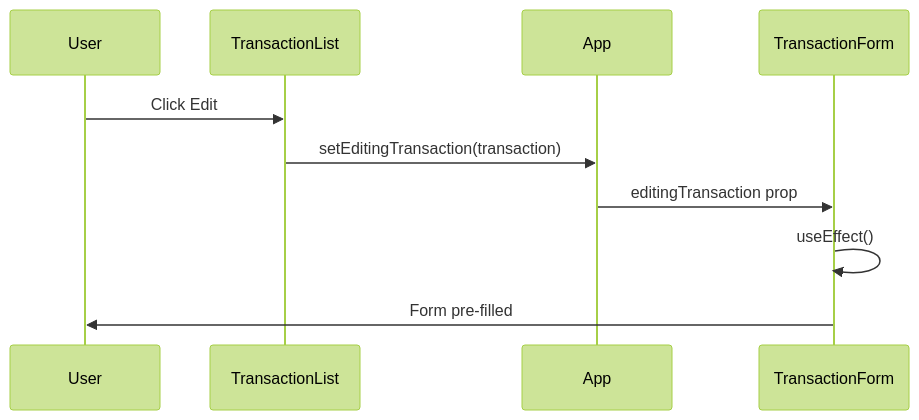
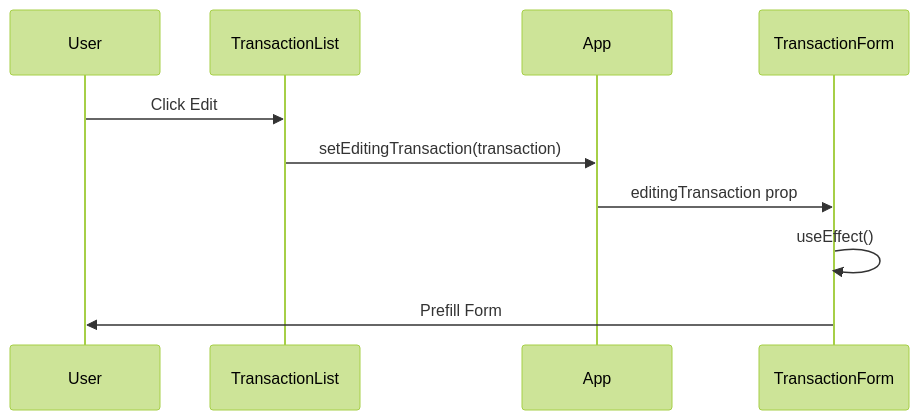
Before and after one commit to NaVteJSingH18/Smart-spend: the sixth of 12 diagrams in README.md, drawn with Mermaid (forest theme). The commit also changed other lines of this file and 8 other files, not shown here.

````diff
--- a/README.md
+++ b/README.md
@@ -127,13 +172,18 @@
 ```mermaid
 sequenceDiagram
 
-User->>TransactionList: Click Edit
+participant User
+participant List as TransactionList
+participant App
+participant Form as TransactionForm
 
-TransactionList->>App: setEditingTransaction(transaction)
+User->>List: Click Edit
 
-App->>TransactionForm: editingTransaction prop
+List->>App: setEditingTransaction(transaction)
 
-TransactionForm->>TransactionForm: useEffect()
+App->>Form: editingTransaction prop
 
-TransactionForm->>User: Form pre-filled
+Form->>Form: useEffect()
+
+Form->>User: Prefill Form
 ```
````
